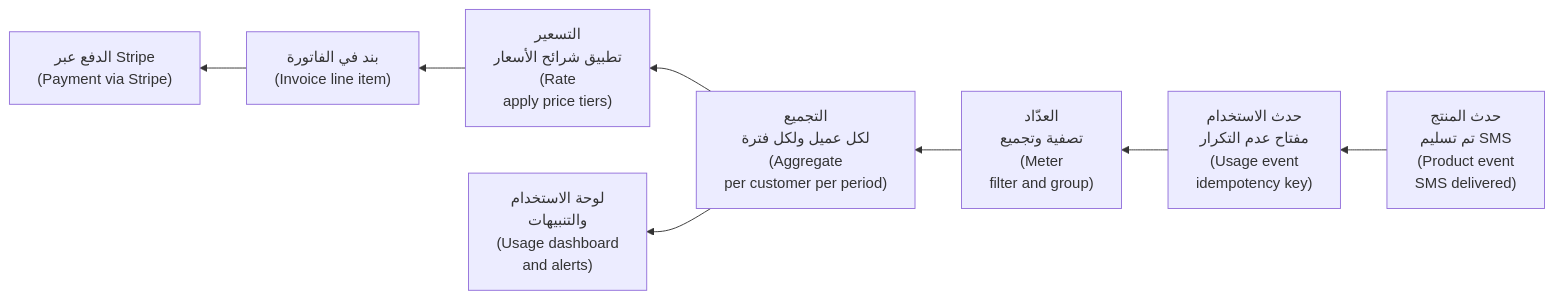
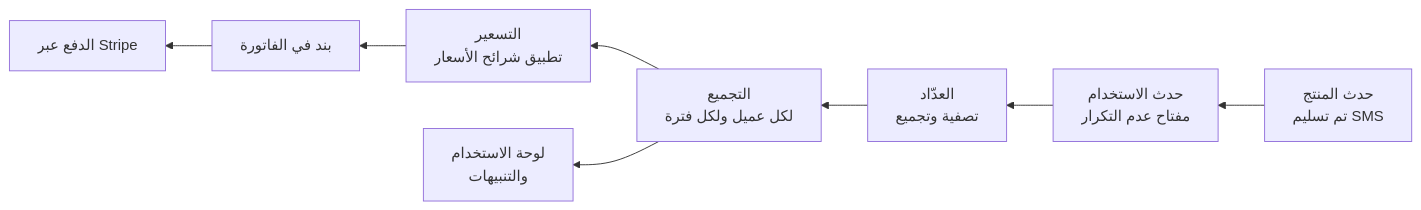
One commit to Tamoura/system-design-for-vibe-coders changed the fourth of 4 diagrams in saas/modules/03-money.ar.md. Above: the diagram before and after it, drawn with Mermaid. The commit also changed other lines of this file and 551 other files, not shown here.

````diff
--- a/saas/modules/03-money.ar.md
+++ b/saas/modules/03-money.ar.md
@@ -631,10 +633,10 @@
 ```mermaid
 flowchart RL
-    A["حدث المنتج<br/>تم تسليم SMS<br/>(Product event<br/>SMS delivered)"] --> B["حدث الاستخدام<br/>مفتاح عدم التكرار<br/>(Usage event<br/>idempotency key)"]
-    B --> C["العدّاد<br/>تصفية وتجميع<br/>(Meter<br/>filter and group)"]
-    C --> D["التجميع<br/>لكل عميل ولكل فترة<br/>(Aggregate<br/>per customer per period)"]
-    D --> E["التسعير<br/>تطبيق شرائح الأسعار<br/>(Rate<br/>apply price tiers)"]
-    E --> F["بند في الفاتورة<br/>(Invoice line item)"]
-    D --> G["لوحة الاستخدام<br/>والتنبيهات<br/>(Usage dashboard<br/>and alerts)"]
-    F --> H["الدفع عبر Stripe<br/>(Payment via Stripe)"]
+    A["حدث المنتج<br/>تم تسليم SMS"] --> B["حدث الاستخدام<br/>مفتاح عدم التكرار"]
+    B --> C["العدّاد<br/>تصفية وتجميع"]
+    C --> D["التجميع<br/>لكل عميل ولكل فترة"]
+    D --> E["التسعير<br/>تطبيق شرائح الأسعار"]
+    E --> F["بند في الفاتورة"]
+    D --> G["لوحة الاستخدام<br/>والتنبيهات"]
+    F --> H["الدفع عبر Stripe"]
 ```
````
